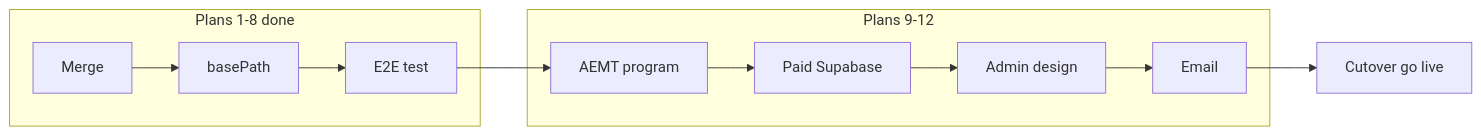
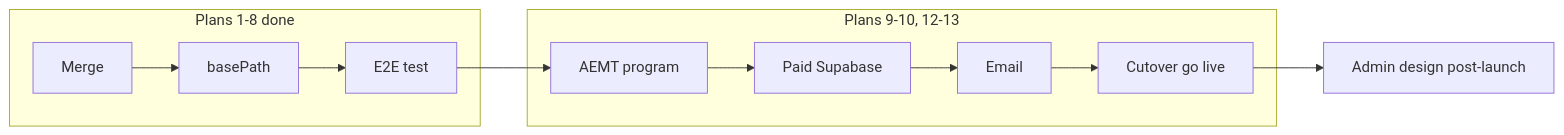
One commit to abenson07/midwestea changed the diagram in docs/migration-plan.md. Above: the diagram before and after it, drawn with Mermaid. The commit also changed other lines of this file and 10 other files, not shown here.

````diff
--- a/docs/migration-plan.md
+++ b/docs/migration-plan.md
@@ -78,14 +79,14 @@
 ```mermaid
 flowchart LR
   subgraph foundation [Plans 1-8 done]
     P1[Merge] --> P2[basePath]
     P2 --> P8[E2E test]
   end
-  subgraph prelaunch [Plans 9-12]
+  subgraph prelaunch [Plans 9-10, 12-13]
     P8 --> P9[AEMT program]
     P9 --> P10[Paid Supabase]
-    P10 --> P11[Admin design]
-    P11 --> P12[Email]
+    P10 --> P12[Email]
+    P12 --> P13[Cutover go live]
   end
-  P12 --> P13[Cutover go live]
+  P13 --> P11[Admin design post-launch]
 ```
````
